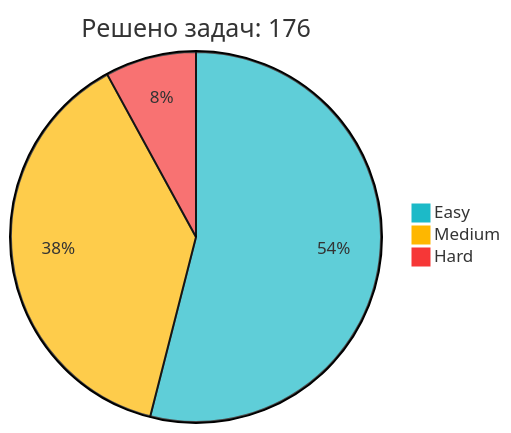
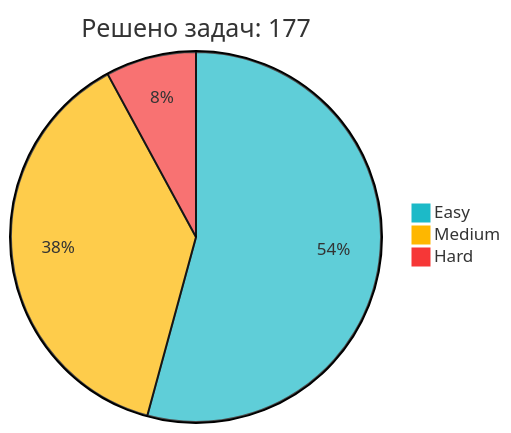
Before and after one commit to IliaKurdukov/IliaKurdukov: the diagram in README.md, drawn with Mermaid. The commit also changed other lines of this file, not shown here.

Commit message:
📈 Обновление статистики LeetCode

````diff
--- a/README.md
+++ b/README.md
@@ -51,7 +51,7 @@
 ```mermaid
 %%{init: {'theme': 'base', 'themeVariables': { 'pie1': '#1CBAC8', 'pie2': '#FEB700', 'pie3': '#F63737' }, 'config': {'width': 300, 'height': 200}}}%%
-pie title Решено задач: 176
-   "Easy" : 95
+pie title Решено задач: 177
+   "Easy" : 96
    "Medium" : 67
    "Hard" : 14
 ```
````
